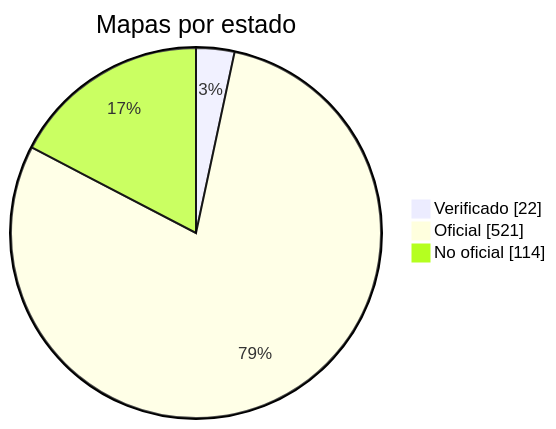
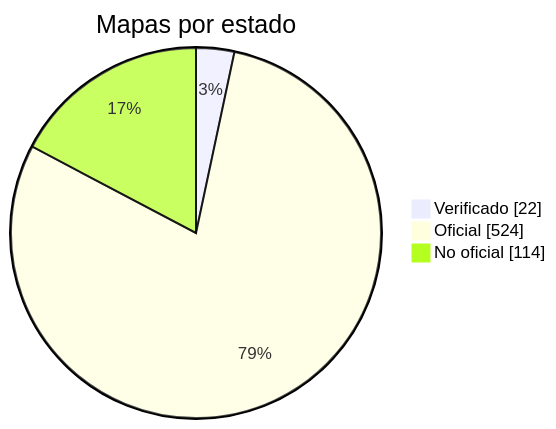
The diagram in docs/readme/README_ES.md (nobrega8/mbmap-library), drawn with Mermaid before and after one commit. The commit also changed 8 other files, not shown here.

````diff
--- a/docs/readme/README_ES.md
+++ b/docs/readme/README_ES.md
@@ -54,7 +54,7 @@
 ```mermaid
 pie showData
     title Mapas por estado
     "Verificado" : 22
-    "Oficial" : 521
+    "Oficial" : 524
     "No oficial" : 114
 ```
````
